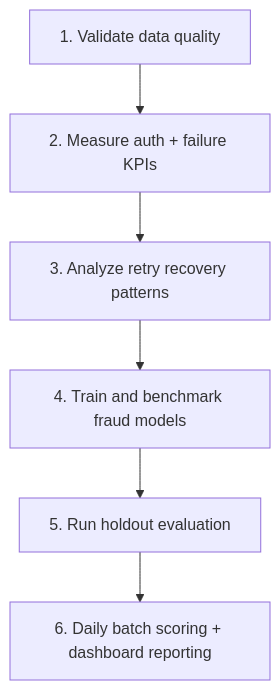
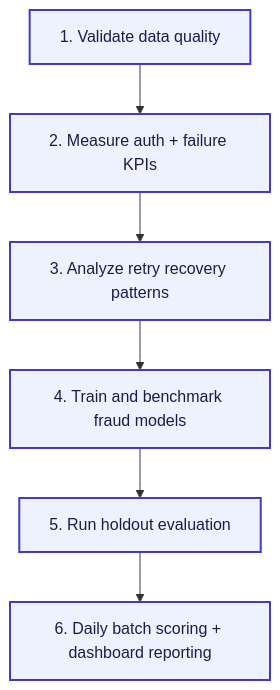
The third of 3 diagrams in README.md (Udaylakkaraju/Payment-Fraud-Detection), drawn with Mermaid before and after one commit. The commit also changed other lines of this file and 4 other files, not shown here.

First line of the commit message:
Polish docs tone and visual architecture.

````diff
--- a/README.md
+++ b/README.md
@@ -167,8 +209,11 @@
 ```mermaid
 flowchart TD
     S1[1. Validate data quality] --> S2[2. Measure auth + failure KPIs]
     S2 --> S3[3. Analyze retry recovery patterns]
     S3 --> S4[4. Train and benchmark fraud models]
     S4 --> S5[5. Run holdout evaluation]
     S5 --> S6[6. Daily batch scoring + dashboard reporting]
+
+    classDef step fill:#EEF2FF,stroke:#4338CA,stroke-width:2px,color:#1E1B4B;
+    class S1,S2,S3,S4,S5,S6 step;
 ```
````
